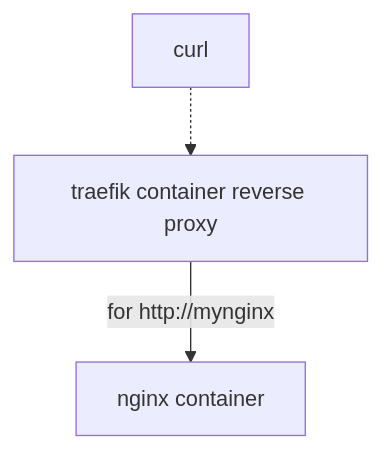
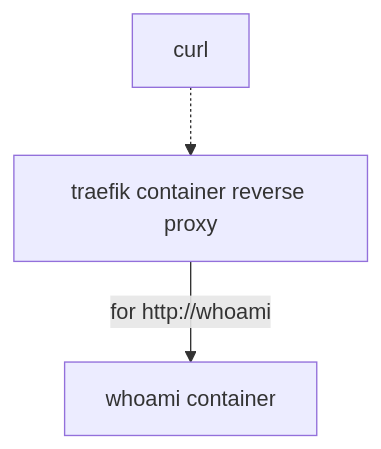
The diagram in examples/example1/README.md (eriksjolund/podman-traefik-socket-activation), drawn with Mermaid before and after one commit. The commit also changed other lines of this file and 6 other files, not shown here.

Commit message:
Replace nginx with whoami. Use two sockets

````diff
--- a/examples/example1/README.md
+++ b/examples/example1/README.md
@@ -5,6 +5,6 @@
 ``` mermaid
 graph TB
 
     a1[curl] -.->a2[traefik container reverse proxy]
-    a2 -->|"for http://mynginx"| a3["nginx container"]
+    a2 -->|"for http://whoami"| a3["whoami container"]
 ```
````
